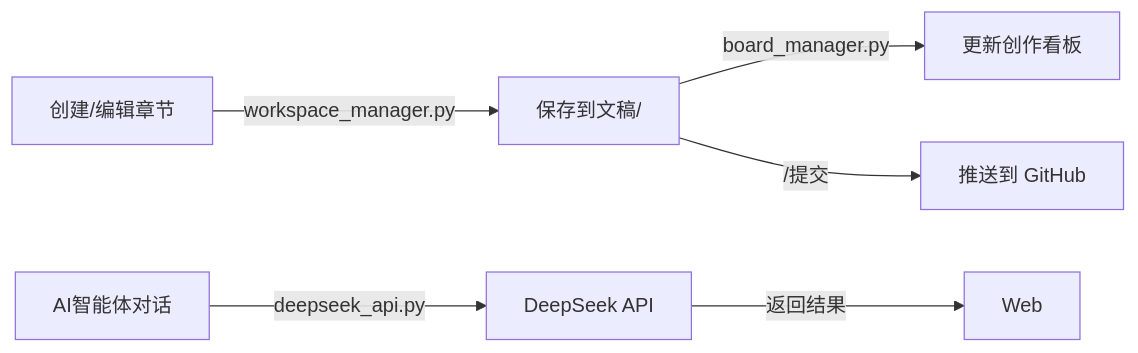
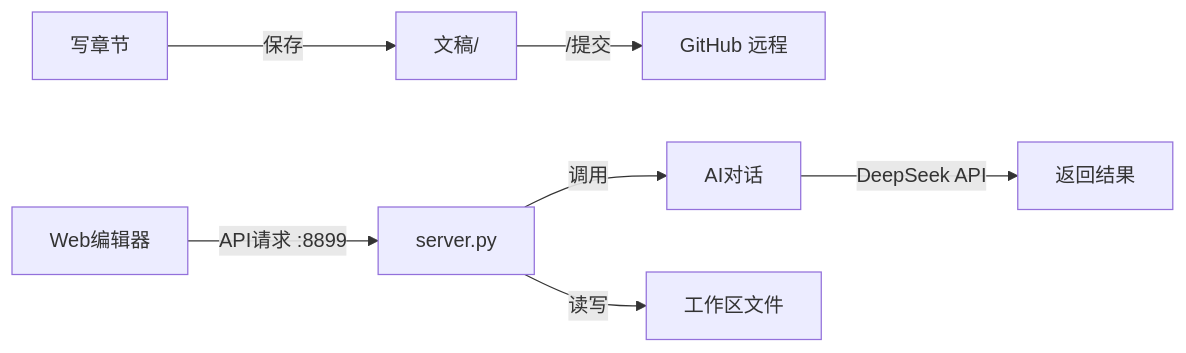
Before and after one commit to LAOYE1988/novel: the fifth of 5 diagrams in .trae/rules/脑图.md, drawn with Mermaid. The commit also changed other lines of this file and 7 other files, not shown here.

Commit message:
更新顶层规则和脑图 (2026-06-25 12:30)

````diff
--- a/.trae/rules/脑图.md
+++ b/.trae/rules/脑图.md
@@ -118,8 +143,9 @@
 ```mermaid
 flowchart LR
-    Create[创建/编辑章节] -->|workspace_manager.py| Save[保存到文稿/]
-    Save -->|board_manager.py| Update[更新创作看板]
-    Save -->|/提交| Push[推送到 GitHub]
-    AI[AI智能体对话] -->|deepseek_api.py| DeepSeek[DeepSeek API]
-    DeepSeek -->|返回结果| Web
+    Write[写章节] -->|保存| File[文稿/]
+    File -->|/提交| GitHub[GitHub 远程]
+    AI[AI对话] -->|DeepSeek API| Result[返回结果]
+    Web[Web编辑器] -->|API请求 :8899| Server[server.py]
+    Server -->|读写| Workspace[工作区文件]
+    Server -->|调用| AI
 ```
````
